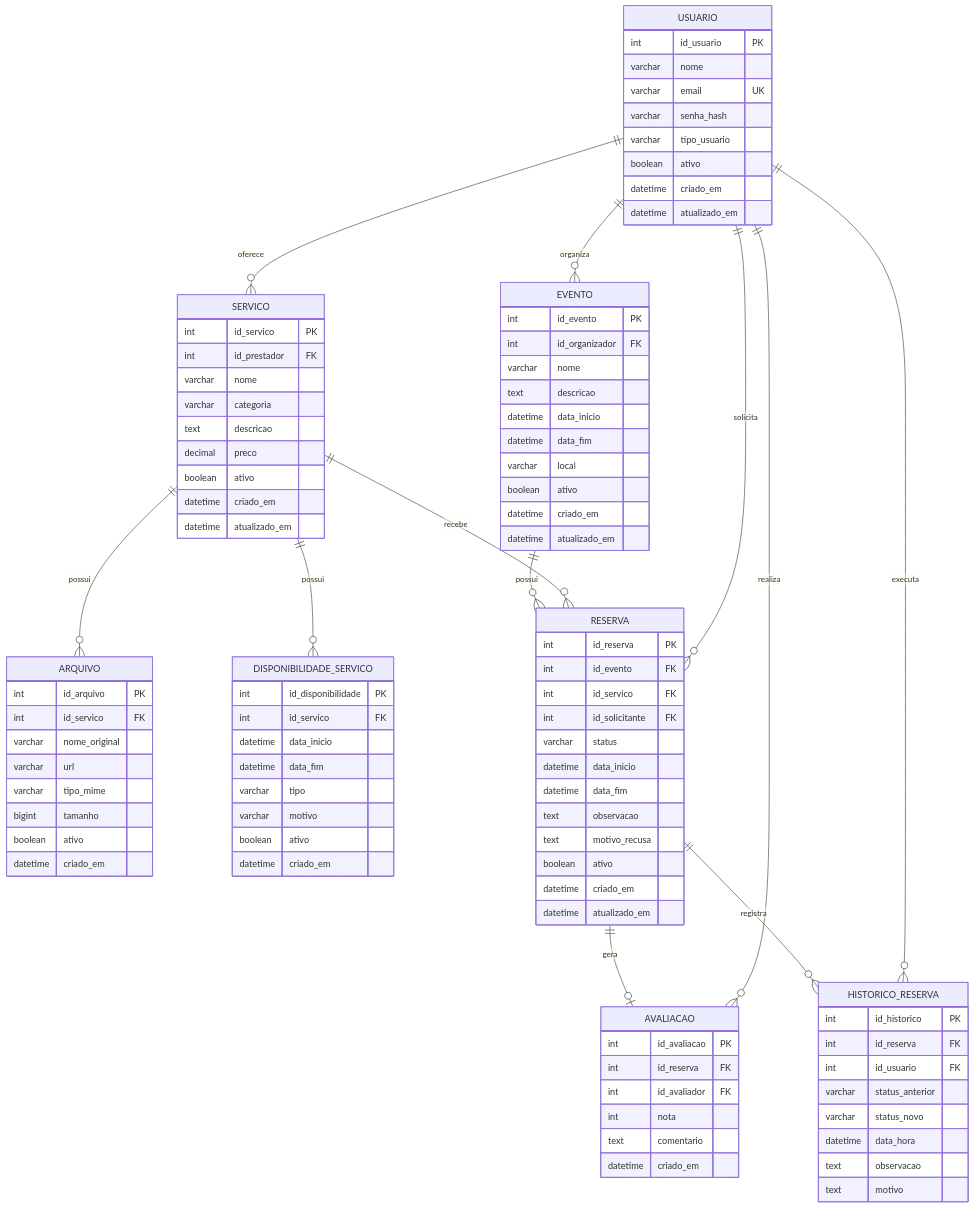
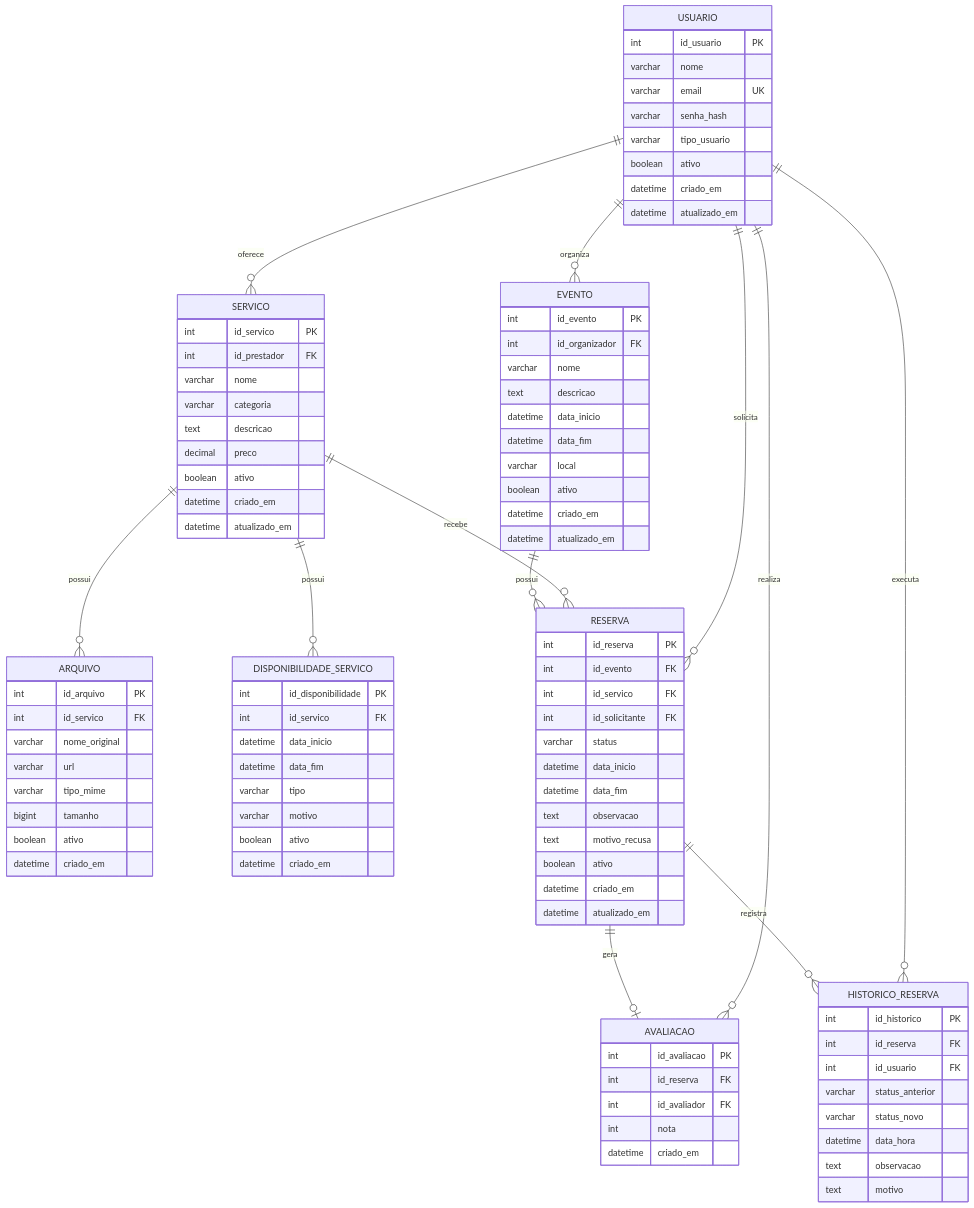
Before and after one commit to dudanegreiro/EventFy: the diagram in docs/diagrams/dados.mmd, drawn with Mermaid. The commit also changed 9 other files, not shown here.

```diff
--- a/docs/diagrams/dados.mmd
+++ b/docs/diagrams/dados.mmd
@@ -1,105 +1,104 @@
 erDiagram
     USUARIO ||--o{ EVENTO : organiza
     USUARIO ||--o{ SERVICO : oferece
     SERVICO ||--o{ ARQUIVO : possui
     SERVICO ||--o{ DISPONIBILIDADE_SERVICO : possui
     EVENTO ||--o{ RESERVA : possui
     SERVICO ||--o{ RESERVA : recebe
     USUARIO ||--o{ RESERVA : solicita
     RESERVA ||--o| AVALIACAO : gera
     USUARIO ||--o{ AVALIACAO : realiza
     RESERVA ||--o{ HISTORICO_RESERVA : registra
     USUARIO ||--o{ HISTORICO_RESERVA : executa
 
     USUARIO {
         int id_usuario PK
         varchar nome
         varchar email UK
         varchar senha_hash
         varchar tipo_usuario
         boolean ativo
         datetime criado_em
         datetime atualizado_em
     }
 
     EVENTO {
         int id_evento PK
         int id_organizador FK
         varchar nome
         text descricao
         datetime data_inicio
         datetime data_fim
         varchar local
         boolean ativo
         datetime criado_em
         datetime atualizado_em
     }
 
     SERVICO {
         int id_servico PK
         int id_prestador FK
         varchar nome
         varchar categoria
         text descricao
         decimal preco
         boolean ativo
         datetime criado_em
         datetime atualizado_em
     }
 
     DISPONIBILIDADE_SERVICO {
         int id_disponibilidade PK
         int id_servico FK
         datetime data_inicio
         datetime data_fim
         varchar tipo
         varchar motivo
         boolean ativo
         datetime criado_em
     }
 
     ARQUIVO {
         int id_arquivo PK
         int id_servico FK
         varchar nome_original
         varchar url
         varchar tipo_mime
         bigint tamanho
         boolean ativo
         datetime criado_em
     }
 
     RESERVA {
         int id_reserva PK
         int id_evento FK
         int id_servico FK
         int id_solicitante FK
         varchar status
         datetime data_inicio
         datetime data_fim
         text observacao
         text motivo_recusa
         boolean ativo
         datetime criado_em
         datetime atualizado_em
     }
 
     HISTORICO_RESERVA {
         int id_historico PK
         int id_reserva FK
         int id_usuario FK
         varchar status_anterior
         varchar status_novo
         datetime data_hora
         text observacao
         text motivo
     }
 
     AVALIACAO {
         int id_avaliacao PK
         int id_reserva FK
         int id_avaliador FK
         int nota
-        text comentario
         datetime criado_em
     }
```
